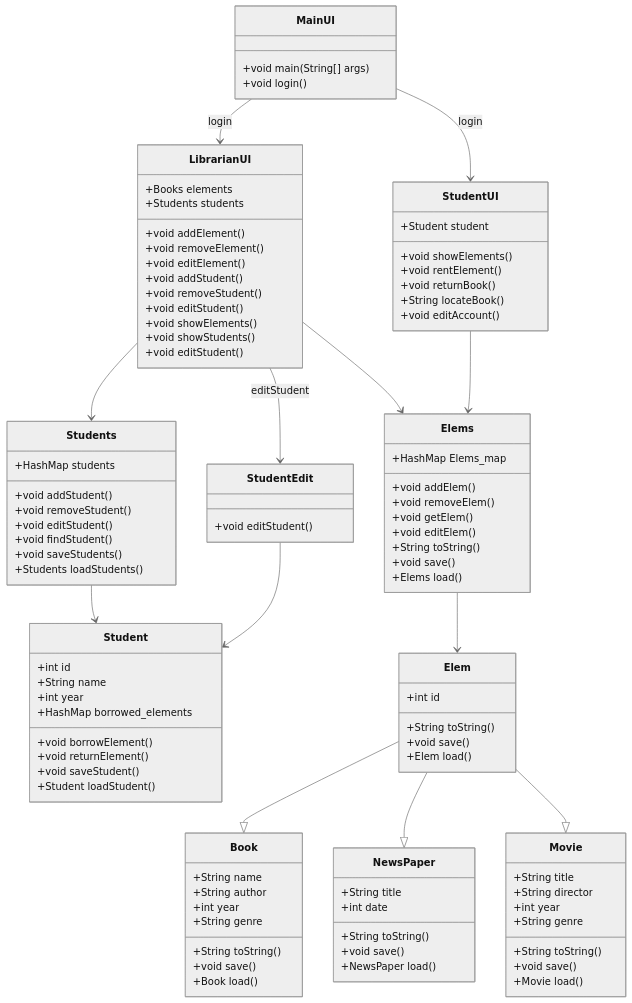
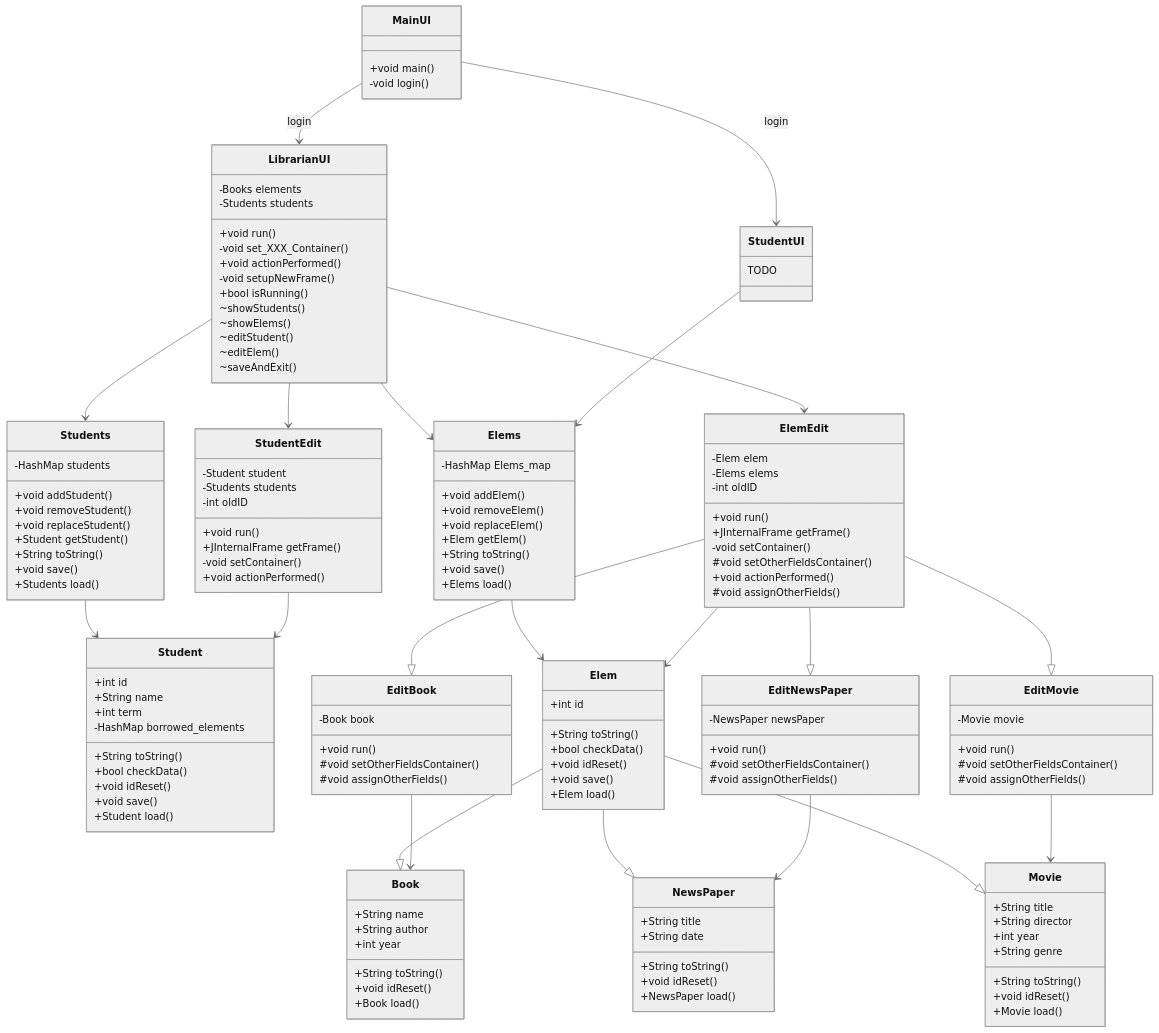
One commit to PatrykFlama/LibrarySystem changed the diagram in README.md. Above: the diagram before and after it, drawn with Mermaid (neutral theme). The commit also changed other lines of this file and 1 other file, not shown here.

````diff
--- a/README.md
+++ b/README.md
@@ -11,77 +17,96 @@
 classDiagram
     MainUI --> LibrarianUI : login
     MainUI --> StudentUI : login
+
     LibrarianUI --> Students
-    LibrarianUI --> StudentEdit : editStudent
+    LibrarianUI --> Elems
+    LibrarianUI --> ElemEdit
+    LibrarianUI --> StudentEdit
+
     Students --> Student
     StudentEdit --> Student
     StudentUI --> Elems
-    LibrarianUI --> Elems
     Elems --> Elem
+
     Elem --|> Book
     Elem --|> NewsPaper
     Elem --|> Movie
 
+    ElemEdit --|> EditBook
+    ElemEdit --|> EditMovie
+    ElemEdit --|> EditNewsPaper
+
+    ElemEdit --> Elem
+    EditBook --> Book
+    EditMovie --> Movie
+    EditNewsPaper --> NewsPaper
+
     class MainUI{
-        +void main(String[] args)
-        +void login()
+        +void main()
+        -void login()
     }
     class LibrarianUI{
-        +Books elements
-        +Students students
+        -Books elements
+        -Students students
 
-        +void addElement()
-        +void removeElement()
-        +void editElement()
-        +void addStudent()
-        +void removeStudent()
-        +void editStudent()
-        +void showElements()
-        +void showStudents()
-        +void editStudent()
+        +void run()
+        -void set_XXX_Container()
+        +void actionPerformed()
+        -void setupNewFrame()
+        +bool isRunning()
+
+        ~showStudents()
+        ~showElems()
+        ~editStudent()
+        ~editElem()
+        ~saveAndExit()
     }
     class StudentUI{
-        +Student student
-
-        +void showElements()
-        +void rentElement()
-        +void returnBook()
-        +String locateBook()
-        +void editAccount()
+        TODO
     }
     class Students{
-        +HashMap students
+        -HashMap students
 
         +void addStudent()
         +void removeStudent()
-        +void editStudent()
-        +void findStudent()
+        +void replaceStudent()
 
-        +void saveStudents()
-        +Students loadStudents()
+        +Student getStudent()
+        +String toString()
+
+        +void save()
+        +Students load()
     }
     class Student{
         +int id
         +String name
-        +int year
-        +HashMap borrowed_elements
+        +int term
+        -HashMap borrowed_elements
 
-        +void borrowElement()
-        +void returnElement()
+        +String toString()
+        +bool checkData()
+        +void idReset()
 
-        +void saveStudent()
-        +Student loadStudent()
+        +void save()
+        +Student load()
     }
     class StudentEdit{
-        +void editStudent()
+        -Student student
+        -Students students
+        -int oldID
+
+        +void run()
+        +JInternalFrame getFrame()
+        -void setContainer()
+        +void actionPerformed()        
     }
     class Elems{
-        +HashMap Elems_map
+        -HashMap Elems_map
 
         +void addElem()
         +void removeElem()
-        +void getElem()
-        +void editElem()
+        +void replaceElem()
+        +Elem getElem()
         +String toString()
 
         +void save()
@@ -91,6 +116,8 @@
         +int id
 
         +String toString()
+        +bool checkData()
+        +void idReset()
 
         +void save()
         +Elem load()
@@ -99,20 +126,19 @@
         +String name
         +String author
         +int year
-        +String genre
 
         +String toString()
+        +void idReset()
 
-        +void save()
         +Book load()
     }
     class NewsPaper{
         +String title
-        +int date
+        +String date
 
         +String toString()
+        +void idReset()
 
-        +void save()
         +NewsPaper load()
     }
     class Movie{
@@ -122,8 +148,41 @@
         +String genre
 
         +String toString()
+        +void idReset()
 
-        +void save()
         +Movie load()
     }
+    class ElemEdit{
+        -Elem elem
+        -Elems elems
+        -int oldID
+
+        +void run()
+        +JInternalFrame getFrame()
+        -void setContainer()
+        #void setOtherFieldsContainer()
+        +void actionPerformed()
+        #void assignOtherFields()
+    }
+    class EditBook{
+        -Book book
+
+        +void run()
+        #void setOtherFieldsContainer()
+        #void assignOtherFields()
+    }
+    class EditMovie{
+        -Movie movie
+
+        +void run()
+        #void setOtherFieldsContainer()
+        #void assignOtherFields()
+    }
+    class EditNewsPaper{
+        -NewsPaper newsPaper
+
+        +void run()
+        #void setOtherFieldsContainer()
+        #void assignOtherFields()
+    }
 ```
````
